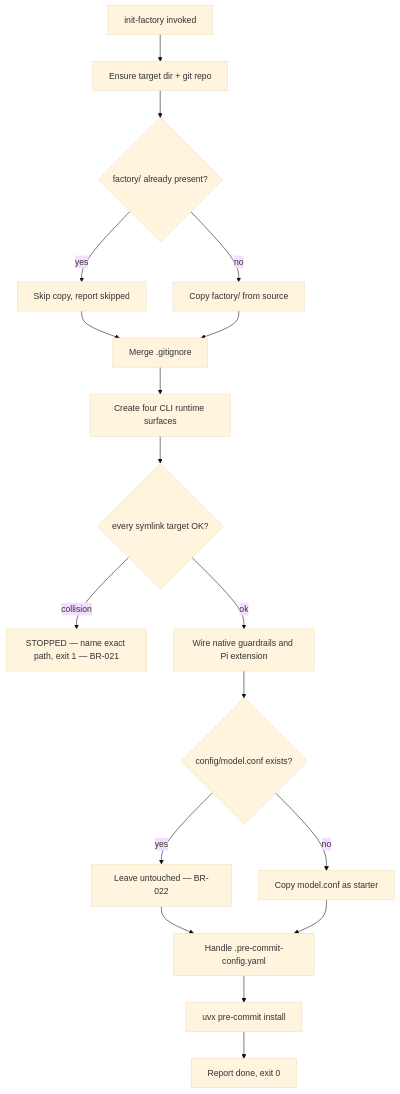
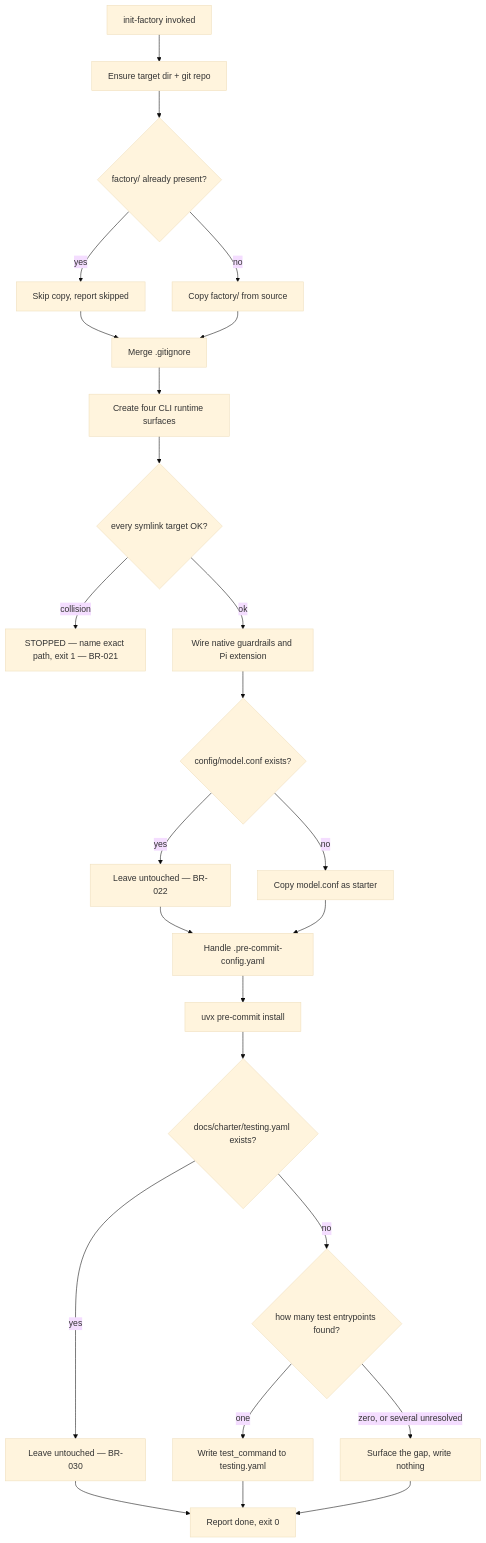
Before and after one commit to matthiasdaues/agent_factory: the diagram in docs/spec/use_cases/UC-08-initialize-agent-factory-into-a-project.md, drawn with Mermaid (base theme). The commit also changed other lines of this file and 2 other files, not shown here.

First line of the commit message:
feat: wire detect-test-regime scan into init-factory (ST-0154)

````diff
--- a/docs/spec/use_cases/UC-08-initialize-agent-factory-into-a-project.md
+++ b/docs/spec/use_cases/UC-08-initialize-agent-factory-into-a-project.md
@@ -74,20 +80,27 @@
 ```mermaid
 flowchart TD
     A[init-factory invoked] --> B[Ensure target dir + git repo]
     B --> C{factory/ already present?}
     C -->|yes| D[Skip copy, report skipped]
     C -->|no| E[Copy factory/ from source]
     D --> F[Merge .gitignore]
     E --> F
     F --> G[Create four CLI runtime surfaces]
     G --> H{every symlink target OK?}
     H -->|collision| I[STOPPED — name exact path, exit 1 — BR-021]
     H -->|ok| J[Wire native guardrails and Pi extension]
     J --> K{config/model.conf exists?}
     K -->|yes| L[Leave untouched — BR-022]
     K -->|no| M[Copy model.conf as starter]
     L --> N[Handle .pre-commit-config.yaml]
     M --> N
     N --> O[uvx pre-commit install]
-    O --> P[Report done, exit 0]
+    O --> Q{docs/charter/testing.yaml exists?}
+    Q -->|yes| R[Leave untouched — BR-030]
+    Q -->|no| S{how many test entrypoints found?}
+    S -->|one| T[Write test_command to testing.yaml]
+    S -->|zero, or several unresolved| U[Surface the gap, write nothing]
+    R --> P[Report done, exit 0]
+    T --> P
+    U --> P
 ```
````
